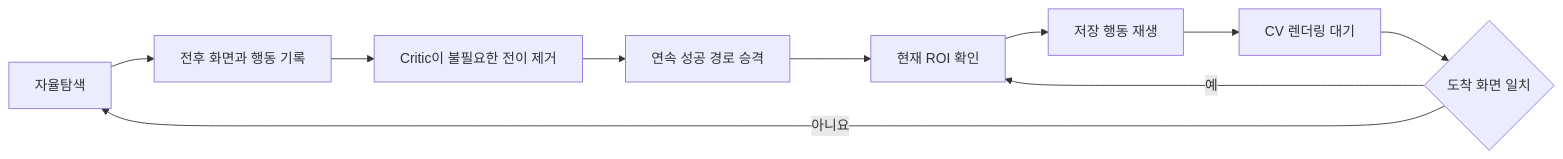
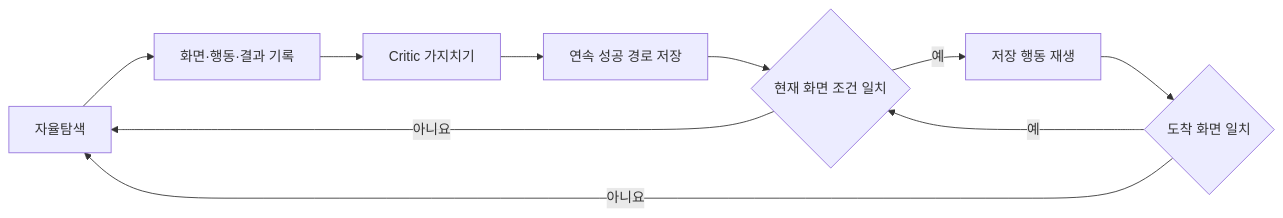
The second of 2 diagrams in README.md (Dreamtreeme/L2C), drawn with Mermaid before and after one commit. The commit also changed other lines of this file and 8 other files, not shown here.

````diff
--- a/README.md
+++ b/README.md
@@ -81,12 +85,12 @@
 ```mermaid
 flowchart LR
-    A["자율탐색"] --> B["전후 화면과 행동 기록"]
-    B --> C["Critic이 불필요한 전이 제거"]
-    C --> D["연속 성공 경로 승격"]
-    D --> E["현재 ROI 확인"]
-    E --> F["저장 행동 재생"]
-    F --> G["CV 렌더링 대기"]
-    G --> H{"도착 화면 일치"}
-    H -->|"예"| E
-    H -->|"아니요"| A
+    A["자율탐색"] --> B["화면·행동·결과 기록"]
+    B --> C["Critic 가지치기"]
+    C --> D["연속 성공 경로 저장"]
+    D --> E{"현재 화면 조건 일치"}
+    E -->|"예"| F["저장 행동 재생"]
+    E -->|"아니요"| A
+    F --> G{"도착 화면 일치"}
+    G -->|"예"| E
+    G -->|"아니요"| A
 ```
````
